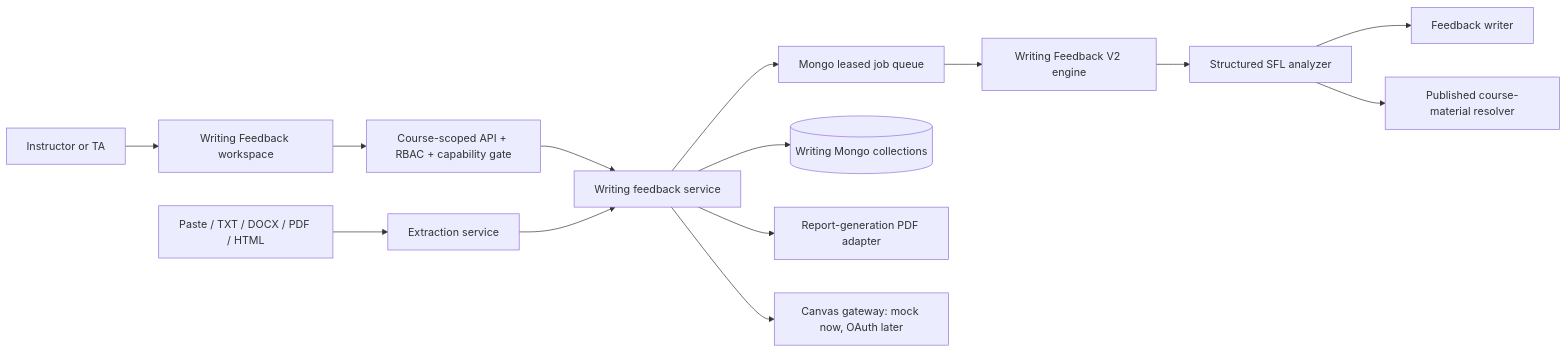
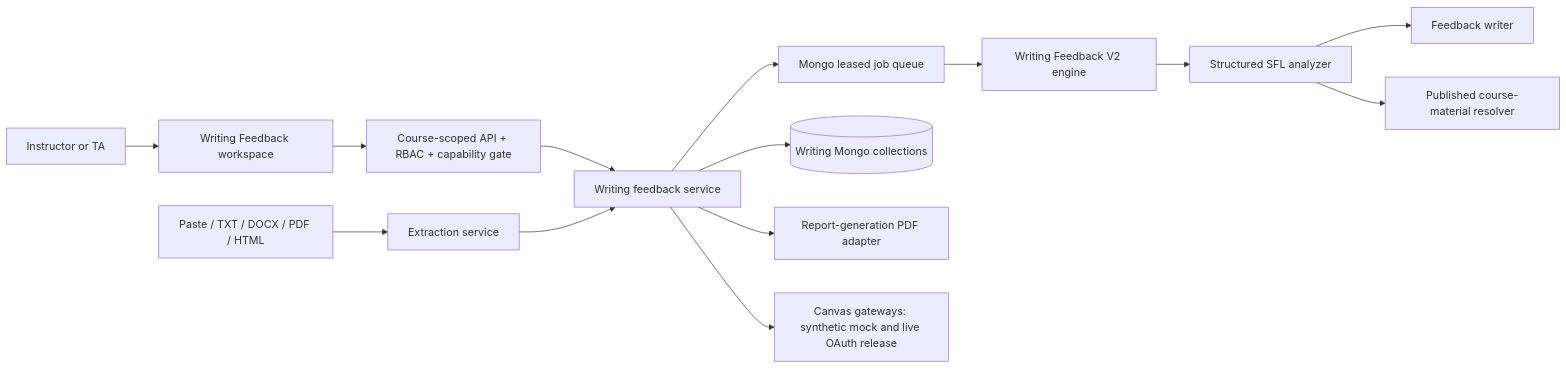
The diagram in documents/WRITING_FEEDBACK_ARCHITECTURE.md (ubc/tlef-engeai), drawn with Mermaid before and after one commit. The commit also changed other lines of this file and 29 other files, not shown here.

Commit message:
feat(writing-feedback): release staff-final feedback to Canvas

````diff
--- a/documents/WRITING_FEEDBACK_ARCHITECTURE.md
+++ b/documents/WRITING_FEEDBACK_ARCHITECTURE.md
@@ -28,16 +28,16 @@
 ```mermaid
 flowchart LR
   Staff[Instructor or TA] --> UI[Writing Feedback workspace]
   UI --> API[Course-scoped API + RBAC + capability gate]
   API --> Service[Writing feedback service]
   Service --> Queue[Mongo leased job queue]
   Service --> Mongo[(Writing Mongo collections)]
   Queue --> Engine[Writing Feedback V2 engine]
   Engine --> Analyzer[Structured SFL analyzer]
   Analyzer --> Writer[Feedback writer]
   Analyzer --> CourseRAG[Published course-material resolver]
   Service --> PDF[Report-generation PDF adapter]
-  Service --> Canvas[Canvas gateway: mock now, OAuth later]
+  Service --> Canvas[Canvas gateways: synthetic mock and live OAuth release]
   Intake[Paste / TXT / DOCX / PDF / HTML] --> Extract[Extraction service]
   Extract --> Service
 ```
````
